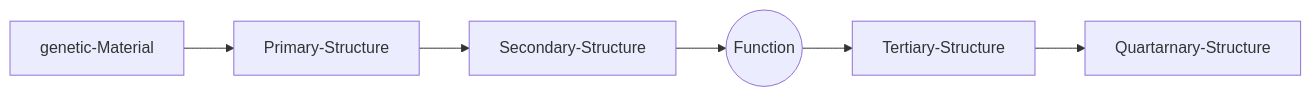
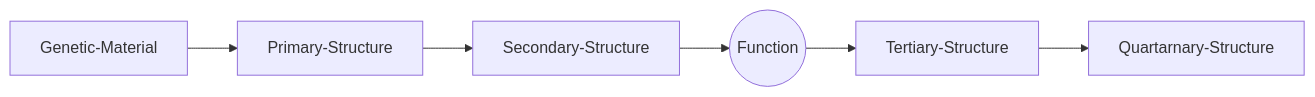
Before and after one commit to yatharthb97/yatharthb97.github.io: the first of 2 diagrams in content/classnotes/week4.md, drawn with Mermaid. The commit also changed other lines of this file, not shown here.

````diff
--- a/content/classnotes/week4.md
+++ b/content/classnotes/week4.md
@@ -66,4 +68,4 @@
 ```mermaid
 flowchart LR
-	genetic-Material --> Primary-Structure --> Secondary-Structure --> Function((Function)) -->  Tertiary-Structure --> Quartarnary-Structure
+	Genetic-Material --> Primary-Structure --> Secondary-Structure --> Function((Function)) -->  Tertiary-Structure --> Quartarnary-Structure
 ```
````
